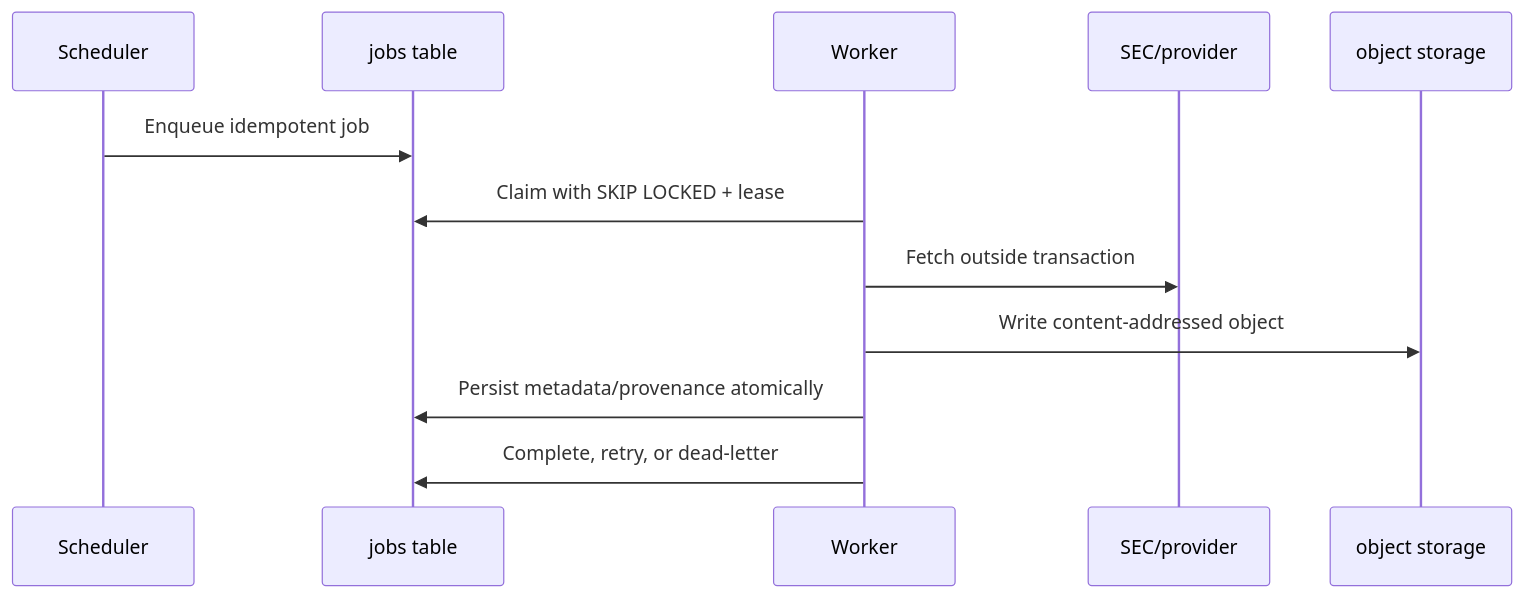
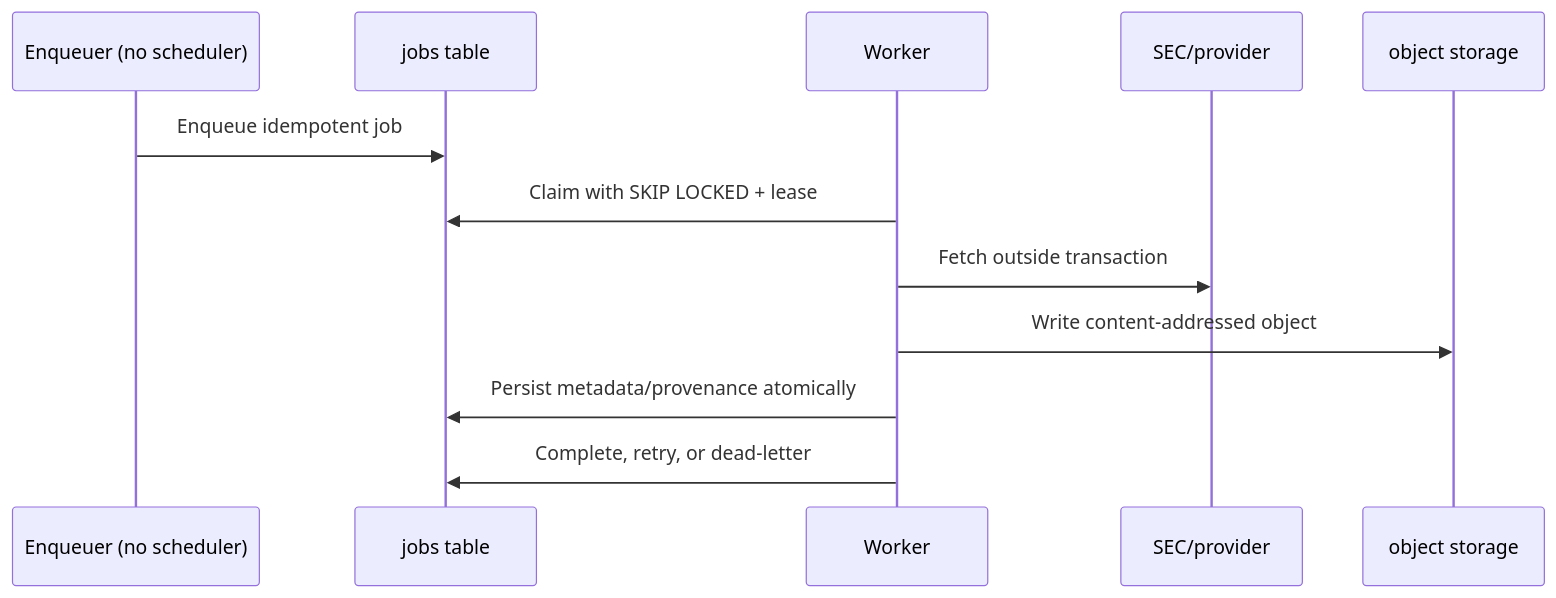
One commit to wilsonhj/financial-evidence-lab changed the second of 4 diagrams in docs/architecture/system-design.md. Above: the diagram before and after it, drawn with Mermaid. The commit also changed other lines of this file and 35 other files, not shown here.

````diff
--- a/docs/architecture/system-design.md
+++ b/docs/architecture/system-design.md
@@ -149,15 +149,15 @@
 ```mermaid
 sequenceDiagram
-    participant Scheduler
+    participant Enqueuer as Enqueuer (no scheduler)
     participant DB as jobs table
     participant Worker
     participant Provider as SEC/provider
     participant Store as object storage
 
-    Scheduler->>DB: Enqueue idempotent job
+    Enqueuer->>DB: Enqueue idempotent job
     Worker->>DB: Claim with SKIP LOCKED + lease
     Worker->>Provider: Fetch outside transaction
     Worker->>Store: Write content-addressed object
     Worker->>DB: Persist metadata/provenance atomically
     Worker->>DB: Complete, retry, or dead-letter
 ```
````
